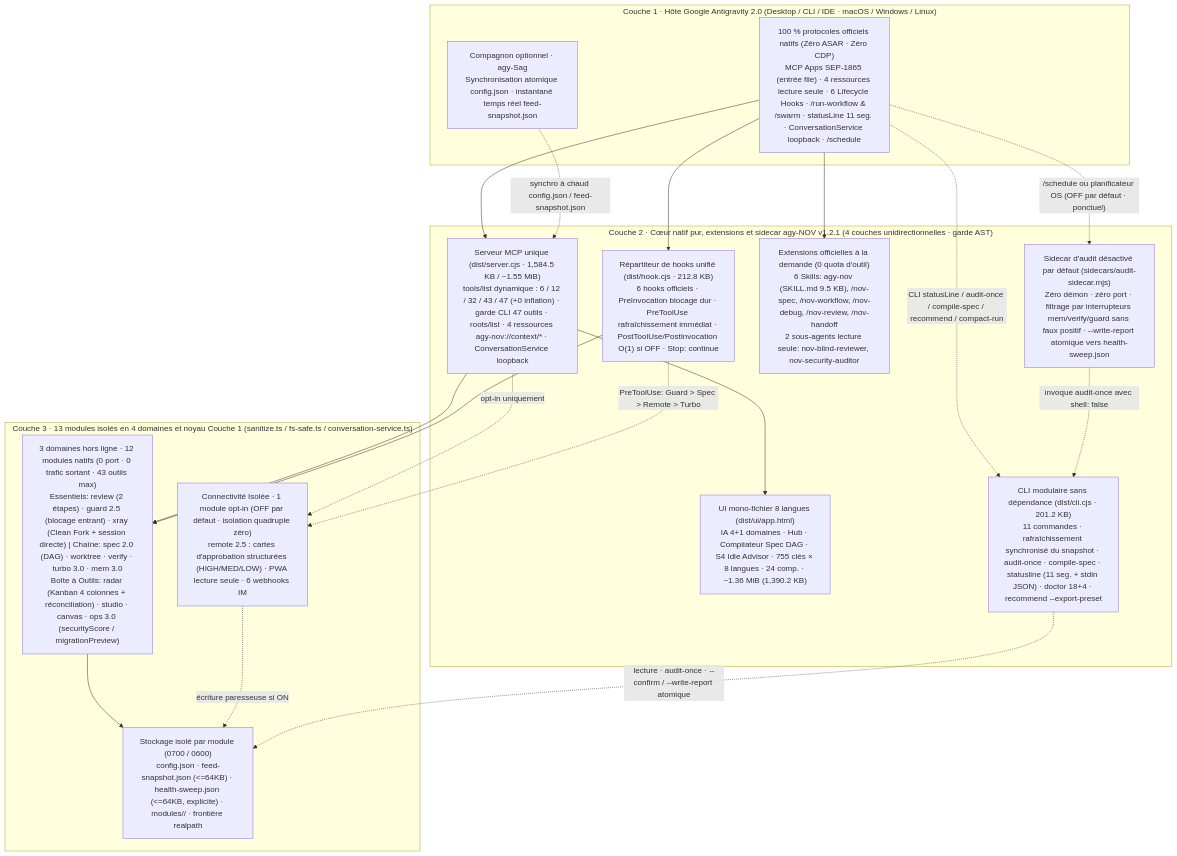
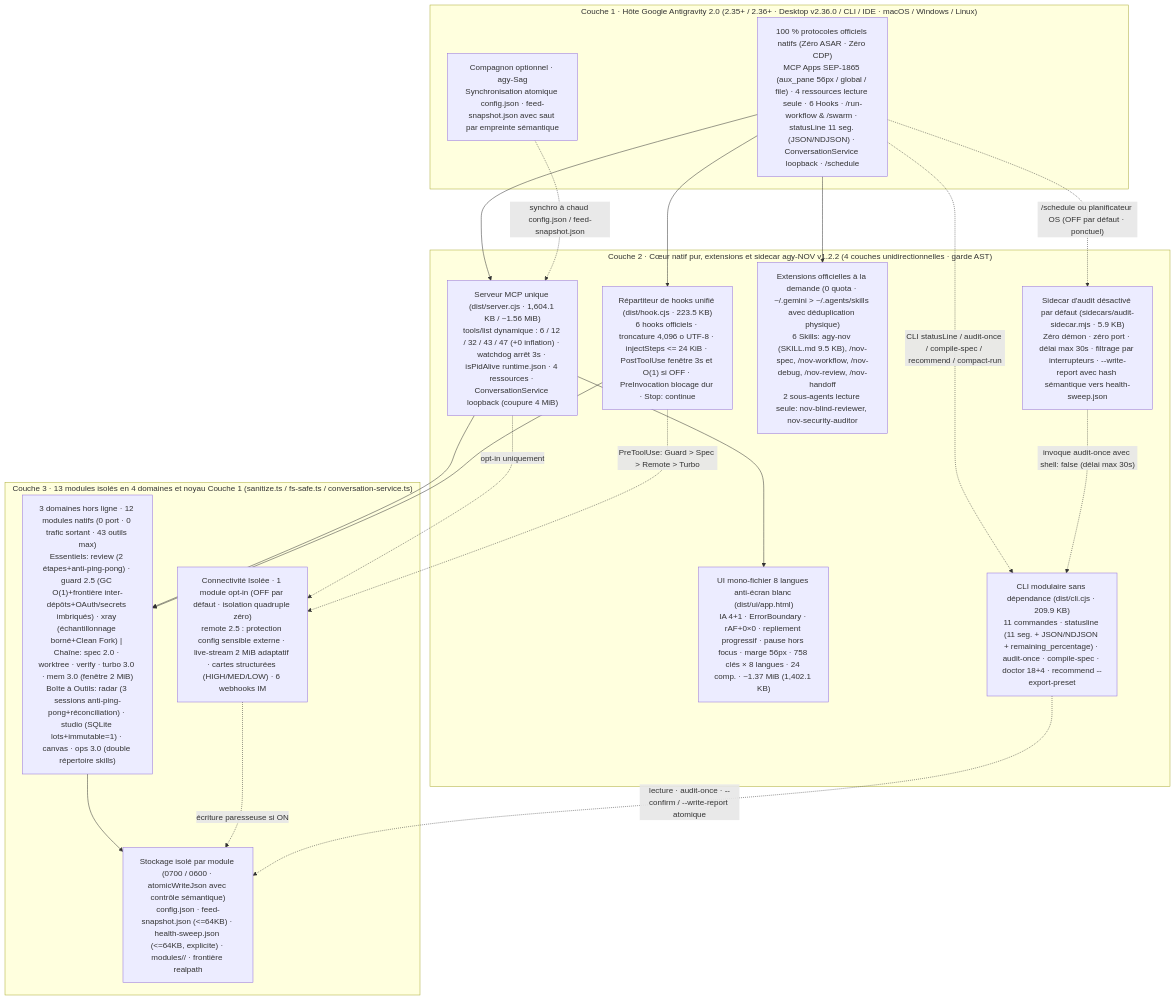
One commit to tone-leh/agy-NOV changed the diagram in docs/i18n/README.fr.md. Above: the diagram before and after it, drawn with Mermaid. The commit also changed other lines of this file and 96 other files, not shown here.

Commit message:
feat(v1.2.2): extreme-load stability hardening, write-storm suppression & Antigravity v2.36.0 compatibility

````diff
--- a/docs/i18n/README.fr.md
+++ b/docs/i18n/README.fr.md
@@ -270,38 +282,38 @@
 ```mermaid
 flowchart TB
-  subgraph L1["Couche 1 · Hôte Google Antigravity 2.0 (Desktop / CLI / IDE · macOS / Windows / Linux)"]
-    Host["100 % protocoles officiels natifs (Zéro ASAR · Zéro CDP)\nMCP Apps SEP-1865 (entrée file) · 4 ressources lecture seule · 6 Lifecycle Hooks · /run-workflow & /swarm · statusLine 11 seg. · ConversationService loopback · /schedule"]
-    Sag["Compagnon optionnel · agy-Sag\nSynchronisation atomique config.json · instantané temps réel feed-snapshot.json"]
+  subgraph L1["Couche 1 · Hôte Google Antigravity 2.0 (2.35+ / 2.36+ · Desktop v2.36.0 / CLI / IDE · macOS / Windows / Linux)"]
+    Host["100 % protocoles officiels natifs (Zéro ASAR · Zéro CDP)\nMCP Apps SEP-1865 (aux_pane 56px / global / file) · 4 ressources lecture seule · 6 Hooks · /run-workflow & /swarm · statusLine 11 seg. (JSON/NDJSON) · ConversationService loopback · /schedule"]
+    Sag["Compagnon optionnel · agy-Sag\nSynchronisation atomique config.json · feed-snapshot.json avec saut par empreinte sémantique"]
   end
 
-  subgraph L2["Couche 2 · Cœur natif pur, extensions et sidecar agy-NOV v1.2.1 (4 couches unidirectionnelles · garde AST)"]
-    MCP["Serveur MCP unique (dist/server.cjs · 1,584.5 KB / ~1.55 MiB)\ntools/list dynamique : 6 / 12 / 32 / 43 / 47 (+0 inflation) · garde CLI 47 outils · roots/list · 4 ressources agy-nov://context/* · ConversationService loopback"]
-    Hook["Répartiteur de hooks unifié (dist/hook.cjs · 212.8 KB)\n6 hooks officiels · PreInvocation blocage dur · PreToolUse rafraîchissement immédiat · PostToolUse/PostInvocation O(1) si OFF · Stop: continue"]
-    UI["UI mono-fichier 8 langues (dist/ui/app.html)\nIA 4+1 domaines · Hub · Compilateur Spec DAG · S4 Idle Advisor · 755 clés × 8 langues · 24 comp. · ~1.36 MiB (1,390.2 KB)"]
-    Ext["Extensions officielles à la demande (0 quota d'outil)\n6 Skills: agy-nov (SKILL.md 9.5 KB), /nov-spec, /nov-workflow, /nov-debug, /nov-review, /nov-handoff\n2 sous-agents lecture seule: nov-blind-reviewer, nov-security-auditor"]
-    CLI["CLI modulaire sans dépendance (dist/cli.cjs · 201.2 KB)\n11 commandes · rafraîchissement synchronisé du snapshot · audit-once · compile-spec · statusline (11 seg. + stdin JSON) · doctor 18+4 · recommend --export-preset"]
-    Sidecar["Sidecar d'audit désactivé par défaut (sidecars/audit-sidecar.mjs)\nZéro démon · zéro port · filtrage par interrupteurs mem/verify/guard sans faux positif · --write-report atomique vers health-sweep.json"]
+  subgraph L2["Couche 2 · Cœur natif pur, extensions et sidecar agy-NOV v1.2.2 (4 couches unidirectionnelles · garde AST)"]
+    MCP["Serveur MCP unique (dist/server.cjs · 1,604.1 KB / ~1.56 MiB)\ntools/list dynamique : 6 / 12 / 32 / 43 / 47 (+0 inflation) · watchdog arrêt 3s · isPidAlive runtime.json · 4 ressources · ConversationService loopback (coupure 4 MiB)"]
+    Hook["Répartiteur de hooks unifié (dist/hook.cjs · 223.5 KB)\n6 hooks officiels · troncature 4,096 o UTF-8 · injectSteps <= 24 KiB · PostToolUse fenêtre 3s et O(1) si OFF · PreInvocation blocage dur · Stop: continue"]
+    UI["UI mono-fichier 8 langues anti-écran blanc (dist/ui/app.html)\nIA 4+1 · ErrorBoundary · rAF+0×0 · repliement progressif · pause hors focus · marge 56px · 758 clés × 8 langues · 24 comp. · ~1.37 MiB (1,402.1 KB)"]
+    Ext["Extensions officielles à la demande (0 quota · ~/.gemini > ~/.agents/skills avec déduplication physique)\n6 Skills: agy-nov (SKILL.md 9.5 KB), /nov-spec, /nov-workflow, /nov-debug, /nov-review, /nov-handoff\n2 sous-agents lecture seule: nov-blind-reviewer, nov-security-auditor"]
+    CLI["CLI modulaire sans dépendance (dist/cli.cjs · 209.9 KB)\n11 commandes · statusline (11 seg. + JSON/NDJSON + remaining_percentage) · audit-once · compile-spec · doctor 18+4 · recommend --export-preset"]
+    Sidecar["Sidecar d'audit désactivé par défaut (sidecars/audit-sidecar.mjs · 5.9 KB)\nZéro démon · zéro port · délai max 30s · filtrage par interrupteurs · --write-report avec hash sémantique vers health-sweep.json"]
   end
 
   subgraph L3["Couche 3 · 13 modules isolés en 4 domaines et noyau Couche 1 (sanitize.ts / fs-safe.ts / conversation-service.ts)"]
-    T1["3 domaines hors ligne · 12 modules natifs (0 port · 0 trafic sortant · 43 outils max)\nEssentiels: review (2 étapes) · guard 2.5 (blocage entrant) · xray (Clean Fork + session directe) | Chaîne: spec 2.0 (DAG) · worktree · verify · turbo 3.0 · mem 3.0\nBoîte à Outils: radar (Kanban 4 colonnes + réconciliation) · studio · canvas · ops 3.0 (securityScore / migrationPreview)"]
-    T2R["Connectivité Isolée · 1 module opt-in (OFF par défaut · isolation quadruple zéro)\nremote 2.5 : cartes d'approbation structurées (HIGH/MED/LOW) · PWA lecture seule · 6 webhooks IM"]
-    Store["Stockage isolé par module (0700 / 0600)\nconfig.json · feed-snapshot.json (<=64KB) · health-sweep.json (<=64KB, explicite) · modules/<id>/ · frontière realpath"]
+    T1["3 domaines hors ligne · 12 modules natifs (0 port · 0 trafic sortant · 43 outils max)\nEssentiels: review (2 étapes+anti-ping-pong) · guard 2.5 (GC O(1)+frontière inter-dépôts+OAuth/secrets imbriqués) · xray (échantillonnage borné+Clean Fork) | Chaîne: spec 2.0 · worktree · verify · turbo 3.0 · mem 3.0 (fenêtre 2 MiB)\nBoîte à Outils: radar (3 sessions anti-ping-pong+réconciliation) · studio (SQLite lots+immutable=1) · canvas · ops 3.0 (double répertoire skills)"]
+    T2R["Connectivité Isolée · 1 module opt-in (OFF par défaut · isolation quadruple zéro)\nremote 2.5 : protection config sensible externe · live-stream 2 MiB adaptatif · cartes structurées (HIGH/MED/LOW) · 6 webhooks IM"]
+    Store["Stockage isolé par module (0700 / 0600 · atomicWriteJson avec contrôle sémantique)\nconfig.json · feed-snapshot.json (<=64KB) · health-sweep.json (<=64KB, explicite) · modules/<id>/ · frontière realpath"]
   end
 
   Host --> MCP
   Host --> Hook
   Host --> Ext
   Host -. "CLI statusLine / audit-once / compile-spec / recommend / compact-run" .-> CLI
   Host -. "/schedule ou planificateur OS (OFF par défaut · ponctuel)" .-> Sidecar
-  Sidecar -. "invoque audit-once avec shell: false" .-> CLI
+  Sidecar -. "invoque audit-once avec shell: false (délai max 30s)" .-> CLI
   Sag -. "synchro à chaud config.json / feed-snapshot.json" .-> MCP
   MCP --> UI
   MCP --> T1
   MCP -. "opt-in uniquement" .-> T2R
   Hook --> T1
   Hook -. "PreToolUse: Guard > Spec > Remote > Turbo" .-> T2R
   T1 --> Store
   T2R -. "écriture paresseuse si ON" .-> Store
   CLI -. "lecture · audit-once · --confirm / --write-report atomique" .-> Store
 ```
````
